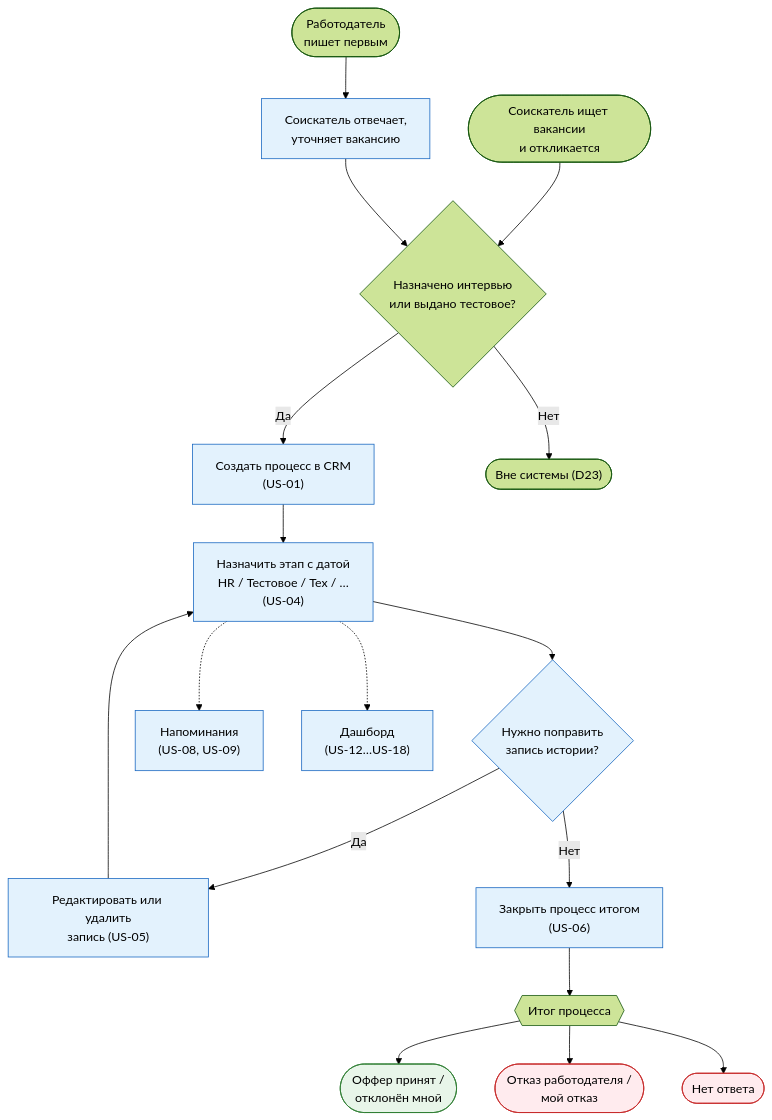
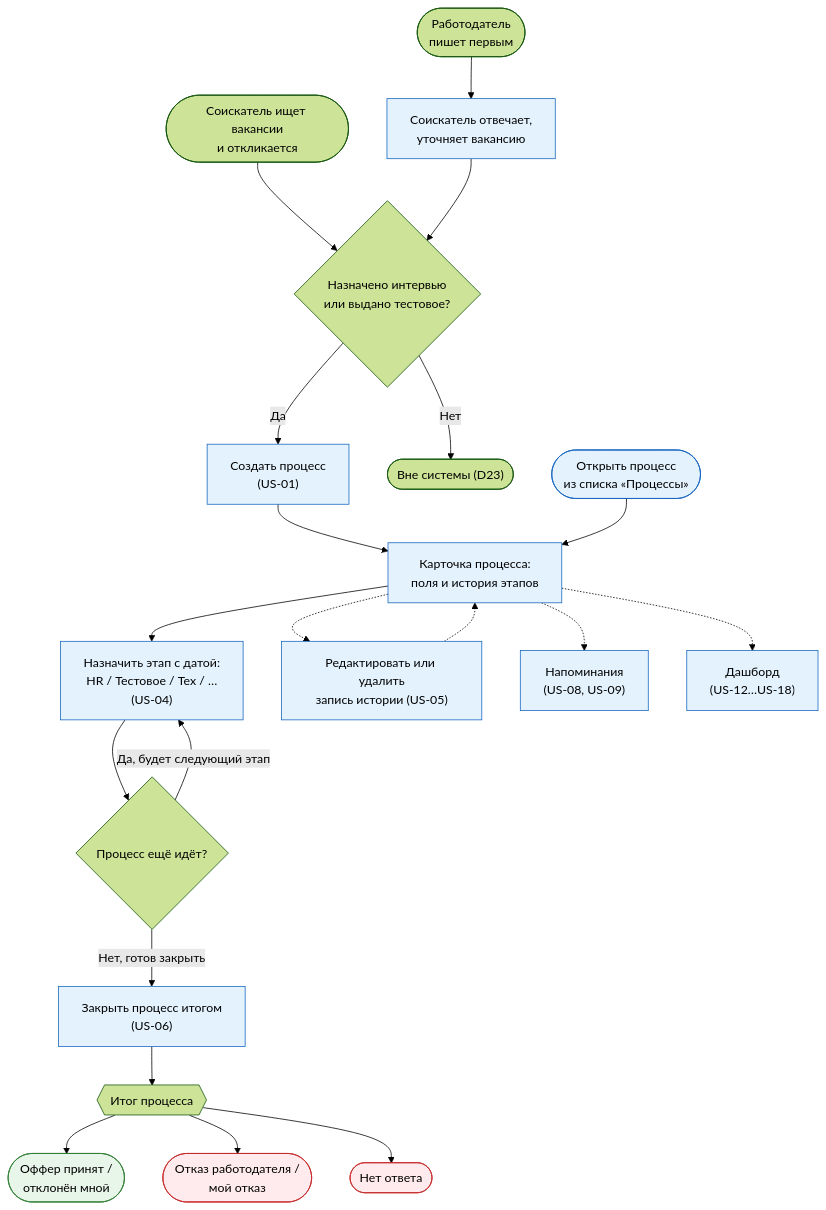
Before and after one commit to j112nsk/tw-portfolio: the second of 2 diagrams in projects/06-job-search-crm/docs/process/02-to-be-job-search.md, drawn with Mermaid (forest theme).

Commit message:
docs(job-crm): rework TO-BE diagram — card as central node, stages in loop

````diff
--- a/projects/06-job-search-crm/docs/process/02-to-be-job-search.md
+++ b/projects/06-job-search-crm/docs/process/02-to-be-job-search.md
@@ -135,29 +135,36 @@
 ```mermaid
 flowchart TD
     StartA(["Соискатель ищет вакансии<br/>и откликается"]) --> Wait{"Назначено интервью<br/>или выдано тестовое?"}
     StartB(["Работодатель<br/>пишет первым"]) --> Dialog["Соискатель отвечает,<br/>уточняет вакансию"] --> Wait
 
-    Wait -->|"Да"| Create["Создать процесс в CRM<br/>(US-01)"]
+    Wait -->|"Да"| Create["Создать процесс<br/>(US-01)"]
     Wait -->|"Нет"| Skip(["Вне системы (D23)"])
 
-    Create --> Stage["Назначить этап с датой<br/>HR / Тестовое / Тех / …<br/>(US-04)"]
-    Stage --> Edit{"Нужно поправить<br/>запись истории?"}
-    Edit -->|"Да"| EditAct["Редактировать или удалить<br/>запись (US-05)"]
-    EditAct --> Stage
-    Edit -->|"Нет"| Close["Закрыть процесс итогом<br/>(US-06)"]
+    Open(["Открыть процесс<br/>из списка «Процессы»"])
+
+    Create --> Card["Карточка процесса:<br/>поля и история этапов"]
+    Open --> Card
+
+    Card --> Stage["Назначить этап с датой:<br/>HR / Тестовое / Тех / …<br/>(US-04)"]
+    Stage --> Next{"Процесс ещё идёт?"}
+    Next -->|"Да, будет следующий этап"| Stage
+    Next -->|"Нет, готов закрыть"| Close["Закрыть процесс итогом<br/>(US-06)"]
+
+    Card -.-> Edit["Редактировать или удалить<br/>запись истории (US-05)"]
+    Edit -.-> Card
 
     Close --> Outcome{{"Итог процесса"}}
     Outcome --> O1(["Оффер принят /<br/>отклонён мной"])
     Outcome --> O2(["Отказ работодателя /<br/>мой отказ"])
     Outcome --> O3(["Нет ответа"])
 
-    Stage -.-> Remind["Напоминания<br/>(US-08, US-09)"]
-    Stage -.-> Dash["Дашборд<br/>(US-12…US-18)"]
+    Card -.-> Remind["Напоминания<br/>(US-08, US-09)"]
+    Card -.-> Dash["Дашборд<br/>(US-12…US-18)"]
 
     classDef soft fill:#e3f2fd,stroke:#1565c0,color:#000
     classDef success fill:#e8f5e9,stroke:#2e7d32,color:#000
     classDef stop fill:#ffebee,stroke:#c62828,color:#000
-    class Create,Dialog,Stage,Edit,EditAct,Close,Remind,Dash soft
+    class Create,Dialog,Open,Card,Stage,Edit,Close,Remind,Dash soft
     class O1 success
     class O2,O3 stop
 ```
````
